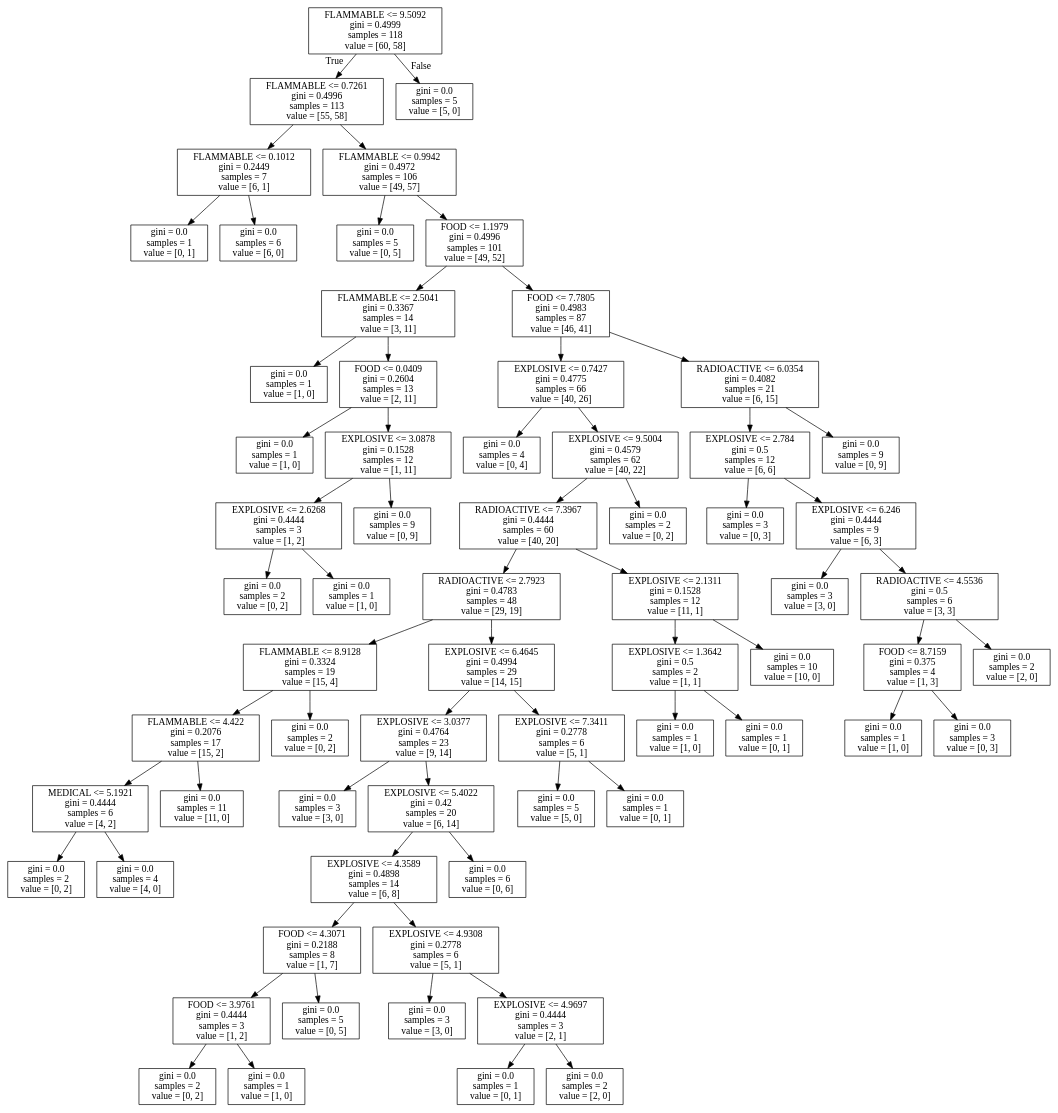
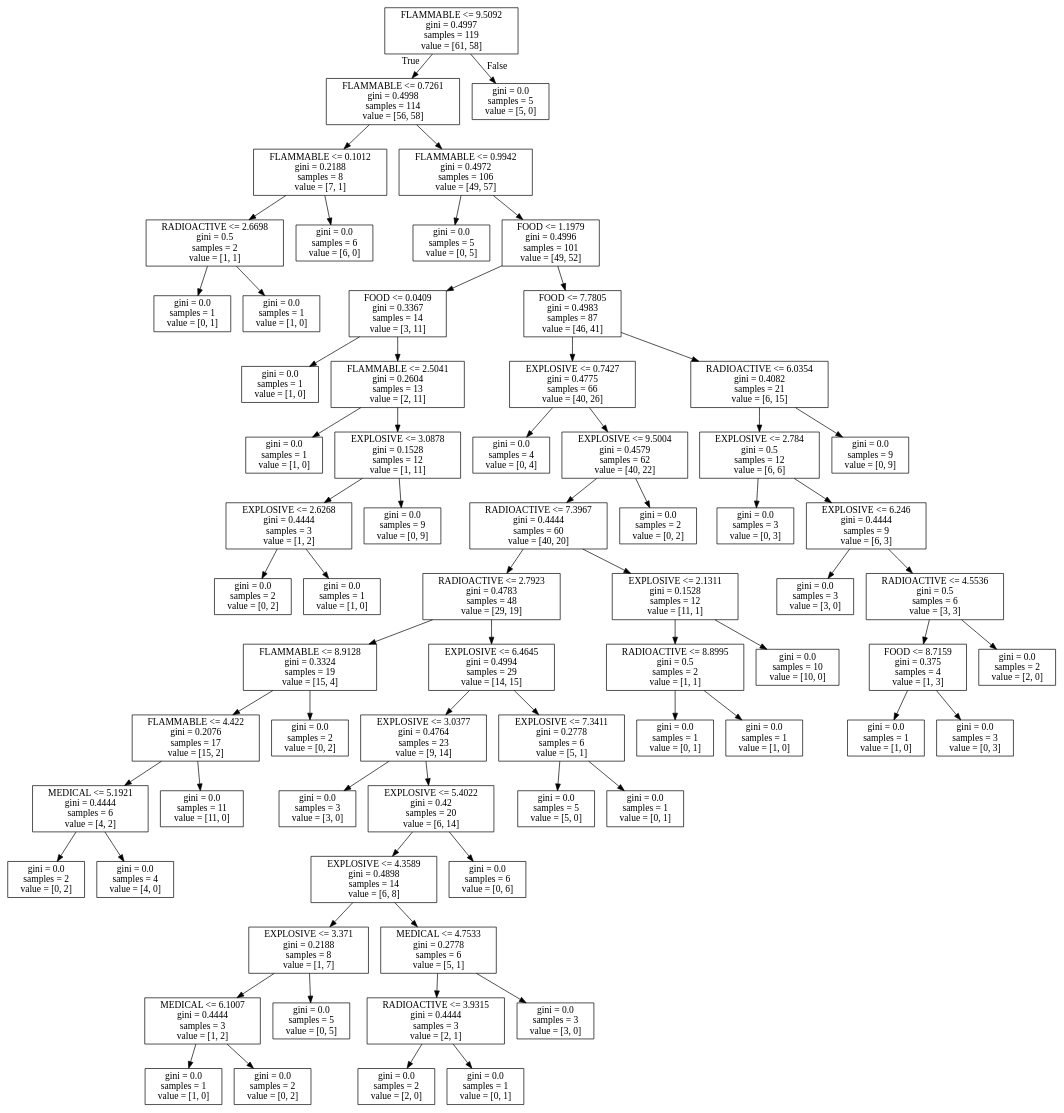
Before and after one commit to DariuszMak/AI_2017: the diagram in decision_tree/dt.dot, drawn with Graphviz. The commit also changed 3 other files, not shown here.

```diff
--- a/decision_tree/dt.dot
+++ b/decision_tree/dt.dot
@@ -1,136 +1,140 @@
 digraph Tree {
 node [shape=box] ;
-0 [label="FLAMMABLE <= 9.5092\ngini = 0.4999\nsamples = 118\nvalue = [60, 58]"] ;
-1 [label="FLAMMABLE <= 0.7261\ngini = 0.4996\nsamples = 113\nvalue = [55, 58]"] ;
+0 [label="FLAMMABLE <= 9.5092\ngini = 0.4997\nsamples = 119\nvalue = [61, 58]"] ;
+1 [label="FLAMMABLE <= 0.7261\ngini = 0.4998\nsamples = 114\nvalue = [56, 58]"] ;
 0 -> 1 [labeldistance=2.5, labelangle=45, headlabel="True"] ;
-2 [label="FLAMMABLE <= 0.1012\ngini = 0.2449\nsamples = 7\nvalue = [6, 1]"] ;
+2 [label="FLAMMABLE <= 0.1012\ngini = 0.2188\nsamples = 8\nvalue = [7, 1]"] ;
 1 -> 2 ;
-3 [label="gini = 0.0\nsamples = 1\nvalue = [0, 1]"] ;
+3 [label="RADIOACTIVE <= 2.6698\ngini = 0.5\nsamples = 2\nvalue = [1, 1]"] ;
 2 -> 3 ;
-4 [label="gini = 0.0\nsamples = 6\nvalue = [6, 0]"] ;
-2 -> 4 ;
-5 [label="FLAMMABLE <= 0.9942\ngini = 0.4972\nsamples = 106\nvalue = [49, 57]"] ;
-1 -> 5 ;
-6 [label="gini = 0.0\nsamples = 5\nvalue = [0, 5]"] ;
-5 -> 6 ;
-7 [label="FOOD <= 1.1979\ngini = 0.4996\nsamples = 101\nvalue = [49, 52]"] ;
-5 -> 7 ;
-8 [label="FLAMMABLE <= 2.5041\ngini = 0.3367\nsamples = 14\nvalue = [3, 11]"] ;
+4 [label="gini = 0.0\nsamples = 1\nvalue = [0, 1]"] ;
+3 -> 4 ;
+5 [label="gini = 0.0\nsamples = 1\nvalue = [1, 0]"] ;
+3 -> 5 ;
+6 [label="gini = 0.0\nsamples = 6\nvalue = [6, 0]"] ;
+2 -> 6 ;
+7 [label="FLAMMABLE <= 0.9942\ngini = 0.4972\nsamples = 106\nvalue = [49, 57]"] ;
+1 -> 7 ;
+8 [label="gini = 0.0\nsamples = 5\nvalue = [0, 5]"] ;
 7 -> 8 ;
-9 [label="gini = 0.0\nsamples = 1\nvalue = [1, 0]"] ;
-8 -> 9 ;
-10 [label="FOOD <= 0.0409\ngini = 0.2604\nsamples = 13\nvalue = [2, 11]"] ;
-8 -> 10 ;
+9 [label="FOOD <= 1.1979\ngini = 0.4996\nsamples = 101\nvalue = [49, 52]"] ;
+7 -> 9 ;
+10 [label="FOOD <= 0.0409\ngini = 0.3367\nsamples = 14\nvalue = [3, 11]"] ;
+9 -> 10 ;
 11 [label="gini = 0.0\nsamples = 1\nvalue = [1, 0]"] ;
 10 -> 11 ;
-12 [label="EXPLOSIVE <= 3.0878\ngini = 0.1528\nsamples = 12\nvalue = [1, 11]"] ;
+12 [label="FLAMMABLE <= 2.5041\ngini = 0.2604\nsamples = 13\nvalue = [2, 11]"] ;
 10 -> 12 ;
-13 [label="EXPLOSIVE <= 2.6268\ngini = 0.4444\nsamples = 3\nvalue = [1, 2]"] ;
+13 [label="gini = 0.0\nsamples = 1\nvalue = [1, 0]"] ;
 12 -> 13 ;
-14 [label="gini = 0.0\nsamples = 2\nvalue = [0, 2]"] ;
-13 -> 14 ;
-15 [label="gini = 0.0\nsamples = 1\nvalue = [1, 0]"] ;
-13 -> 15 ;
-16 [label="gini = 0.0\nsamples = 9\nvalue = [0, 9]"] ;
-12 -> 16 ;
-17 [label="FOOD <= 7.7805\ngini = 0.4983\nsamples = 87\nvalue = [46, 41]"] ;
-7 -> 17 ;
-18 [label="EXPLOSIVE <= 0.7427\ngini = 0.4775\nsamples = 66\nvalue = [40, 26]"] ;
-17 -> 18 ;
-19 [label="gini = 0.0\nsamples = 4\nvalue = [0, 4]"] ;
-18 -> 19 ;
-20 [label="EXPLOSIVE <= 9.5004\ngini = 0.4579\nsamples = 62\nvalue = [40, 22]"] ;
-18 -> 20 ;
-21 [label="RADIOACTIVE <= 7.3967\ngini = 0.4444\nsamples = 60\nvalue = [40, 20]"] ;
+14 [label="EXPLOSIVE <= 3.0878\ngini = 0.1528\nsamples = 12\nvalue = [1, 11]"] ;
+12 -> 14 ;
+15 [label="EXPLOSIVE <= 2.6268\ngini = 0.4444\nsamples = 3\nvalue = [1, 2]"] ;
+14 -> 15 ;
+16 [label="gini = 0.0\nsamples = 2\nvalue = [0, 2]"] ;
+15 -> 16 ;
+17 [label="gini = 0.0\nsamples = 1\nvalue = [1, 0]"] ;
+15 -> 17 ;
+18 [label="gini = 0.0\nsamples = 9\nvalue = [0, 9]"] ;
+14 -> 18 ;
+19 [label="FOOD <= 7.7805\ngini = 0.4983\nsamples = 87\nvalue = [46, 41]"] ;
+9 -> 19 ;
+20 [label="EXPLOSIVE <= 0.7427\ngini = 0.4775\nsamples = 66\nvalue = [40, 26]"] ;
+19 -> 20 ;
+21 [label="gini = 0.0\nsamples = 4\nvalue = [0, 4]"] ;
 20 -> 21 ;
-22 [label="RADIOACTIVE <= 2.7923\ngini = 0.4783\nsamples = 48\nvalue = [29, 19]"] ;
-21 -> 22 ;
-23 [label="FLAMMABLE <= 8.9128\ngini = 0.3324\nsamples = 19\nvalue = [15, 4]"] ;
+22 [label="EXPLOSIVE <= 9.5004\ngini = 0.4579\nsamples = 62\nvalue = [40, 22]"] ;
+20 -> 22 ;
+23 [label="RADIOACTIVE <= 7.3967\ngini = 0.4444\nsamples = 60\nvalue = [40, 20]"] ;
 22 -> 23 ;
-24 [label="FLAMMABLE <= 4.422\ngini = 0.2076\nsamples = 17\nvalue = [15, 2]"] ;
+24 [label="RADIOACTIVE <= 2.7923\ngini = 0.4783\nsamples = 48\nvalue = [29, 19]"] ;
 23 -> 24 ;
-25 [label="MEDICAL <= 5.1921\ngini = 0.4444\nsamples = 6\nvalue = [4, 2]"] ;
+25 [label="FLAMMABLE <= 8.9128\ngini = 0.3324\nsamples = 19\nvalue = [15, 4]"] ;
 24 -> 25 ;
-26 [label="gini = 0.0\nsamples = 2\nvalue = [0, 2]"] ;
+26 [label="FLAMMABLE <= 4.422\ngini = 0.2076\nsamples = 17\nvalue = [15, 2]"] ;
 25 -> 26 ;
-27 [label="gini = 0.0\nsamples = 4\nvalue = [4, 0]"] ;
-25 -> 27 ;
-28 [label="gini = 0.0\nsamples = 11\nvalue = [11, 0]"] ;
-24 -> 28 ;
-29 [label="gini = 0.0\nsamples = 2\nvalue = [0, 2]"] ;
-23 -> 29 ;
-30 [label="EXPLOSIVE <= 6.4645\ngini = 0.4994\nsamples = 29\nvalue = [14, 15]"] ;
-22 -> 30 ;
-31 [label="EXPLOSIVE <= 3.0377\ngini = 0.4764\nsamples = 23\nvalue = [9, 14]"] ;
-30 -> 31 ;
-32 [label="gini = 0.0\nsamples = 3\nvalue = [3, 0]"] ;
-31 -> 32 ;
-33 [label="EXPLOSIVE <= 5.4022\ngini = 0.42\nsamples = 20\nvalue = [6, 14]"] ;
-31 -> 33 ;
-34 [label="EXPLOSIVE <= 4.3589\ngini = 0.4898\nsamples = 14\nvalue = [6, 8]"] ;
+27 [label="MEDICAL <= 5.1921\ngini = 0.4444\nsamples = 6\nvalue = [4, 2]"] ;
+26 -> 27 ;
+28 [label="gini = 0.0\nsamples = 2\nvalue = [0, 2]"] ;
+27 -> 28 ;
+29 [label="gini = 0.0\nsamples = 4\nvalue = [4, 0]"] ;
+27 -> 29 ;
+30 [label="gini = 0.0\nsamples = 11\nvalue = [11, 0]"] ;
+26 -> 30 ;
+31 [label="gini = 0.0\nsamples = 2\nvalue = [0, 2]"] ;
+25 -> 31 ;
+32 [label="EXPLOSIVE <= 6.4645\ngini = 0.4994\nsamples = 29\nvalue = [14, 15]"] ;
+24 -> 32 ;
+33 [label="EXPLOSIVE <= 3.0377\ngini = 0.4764\nsamples = 23\nvalue = [9, 14]"] ;
+32 -> 33 ;
+34 [label="gini = 0.0\nsamples = 3\nvalue = [3, 0]"] ;
 33 -> 34 ;
-35 [label="FOOD <= 4.3071\ngini = 0.2188\nsamples = 8\nvalue = [1, 7]"] ;
-34 -> 35 ;
-36 [label="FOOD <= 3.9761\ngini = 0.4444\nsamples = 3\nvalue = [1, 2]"] ;
+35 [label="EXPLOSIVE <= 5.4022\ngini = 0.42\nsamples = 20\nvalue = [6, 14]"] ;
+33 -> 35 ;
+36 [label="EXPLOSIVE <= 4.3589\ngini = 0.4898\nsamples = 14\nvalue = [6, 8]"] ;
 35 -> 36 ;
-37 [label="gini = 0.0\nsamples = 2\nvalue = [0, 2]"] ;
+37 [label="EXPLOSIVE <= 3.371\ngini = 0.2188\nsamples = 8\nvalue = [1, 7]"] ;
 36 -> 37 ;
-38 [label="gini = 0.0\nsamples = 1\nvalue = [1, 0]"] ;
-36 -> 38 ;
-39 [label="gini = 0.0\nsamples = 5\nvalue = [0, 5]"] ;
-35 -> 39 ;
-40 [label="EXPLOSIVE <= 4.9308\ngini = 0.2778\nsamples = 6\nvalue = [5, 1]"] ;
-34 -> 40 ;
-41 [label="gini = 0.0\nsamples = 3\nvalue = [3, 0]"] ;
-40 -> 41 ;
-42 [label="EXPLOSIVE <= 4.9697\ngini = 0.4444\nsamples = 3\nvalue = [2, 1]"] ;
-40 -> 42 ;
-43 [label="gini = 0.0\nsamples = 1\nvalue = [0, 1]"] ;
+38 [label="MEDICAL <= 6.1007\ngini = 0.4444\nsamples = 3\nvalue = [1, 2]"] ;
+37 -> 38 ;
+39 [label="gini = 0.0\nsamples = 1\nvalue = [1, 0]"] ;
+38 -> 39 ;
+40 [label="gini = 0.0\nsamples = 2\nvalue = [0, 2]"] ;
+38 -> 40 ;
+41 [label="gini = 0.0\nsamples = 5\nvalue = [0, 5]"] ;
+37 -> 41 ;
+42 [label="MEDICAL <= 4.7533\ngini = 0.2778\nsamples = 6\nvalue = [5, 1]"] ;
+36 -> 42 ;
+43 [label="RADIOACTIVE <= 3.9315\ngini = 0.4444\nsamples = 3\nvalue = [2, 1]"] ;
 42 -> 43 ;
 44 [label="gini = 0.0\nsamples = 2\nvalue = [2, 0]"] ;
-42 -> 44 ;
-45 [label="gini = 0.0\nsamples = 6\nvalue = [0, 6]"] ;
-33 -> 45 ;
-46 [label="EXPLOSIVE <= 7.3411\ngini = 0.2778\nsamples = 6\nvalue = [5, 1]"] ;
-30 -> 46 ;
-47 [label="gini = 0.0\nsamples = 5\nvalue = [5, 0]"] ;
-46 -> 47 ;
-48 [label="gini = 0.0\nsamples = 1\nvalue = [0, 1]"] ;
-46 -> 48 ;
-49 [label="EXPLOSIVE <= 2.1311\ngini = 0.1528\nsamples = 12\nvalue = [11, 1]"] ;
-21 -> 49 ;
-50 [label="EXPLOSIVE <= 1.3642\ngini = 0.5\nsamples = 2\nvalue = [1, 1]"] ;
-49 -> 50 ;
-51 [label="gini = 0.0\nsamples = 1\nvalue = [1, 0]"] ;
-50 -> 51 ;
-52 [label="gini = 0.0\nsamples = 1\nvalue = [0, 1]"] ;
-50 -> 52 ;
-53 [label="gini = 0.0\nsamples = 10\nvalue = [10, 0]"] ;
-49 -> 53 ;
-54 [label="gini = 0.0\nsamples = 2\nvalue = [0, 2]"] ;
-20 -> 54 ;
-55 [label="RADIOACTIVE <= 6.0354\ngini = 0.4082\nsamples = 21\nvalue = [6, 15]"] ;
-17 -> 55 ;
-56 [label="EXPLOSIVE <= 2.784\ngini = 0.5\nsamples = 12\nvalue = [6, 6]"] ;
-55 -> 56 ;
-57 [label="gini = 0.0\nsamples = 3\nvalue = [0, 3]"] ;
-56 -> 57 ;
-58 [label="EXPLOSIVE <= 6.246\ngini = 0.4444\nsamples = 9\nvalue = [6, 3]"] ;
-56 -> 58 ;
-59 [label="gini = 0.0\nsamples = 3\nvalue = [3, 0]"] ;
+43 -> 44 ;
+45 [label="gini = 0.0\nsamples = 1\nvalue = [0, 1]"] ;
+43 -> 45 ;
+46 [label="gini = 0.0\nsamples = 3\nvalue = [3, 0]"] ;
+42 -> 46 ;
+47 [label="gini = 0.0\nsamples = 6\nvalue = [0, 6]"] ;
+35 -> 47 ;
+48 [label="EXPLOSIVE <= 7.3411\ngini = 0.2778\nsamples = 6\nvalue = [5, 1]"] ;
+32 -> 48 ;
+49 [label="gini = 0.0\nsamples = 5\nvalue = [5, 0]"] ;
+48 -> 49 ;
+50 [label="gini = 0.0\nsamples = 1\nvalue = [0, 1]"] ;
+48 -> 50 ;
+51 [label="EXPLOSIVE <= 2.1311\ngini = 0.1528\nsamples = 12\nvalue = [11, 1]"] ;
+23 -> 51 ;
+52 [label="RADIOACTIVE <= 8.8995\ngini = 0.5\nsamples = 2\nvalue = [1, 1]"] ;
+51 -> 52 ;
+53 [label="gini = 0.0\nsamples = 1\nvalue = [0, 1]"] ;
+52 -> 53 ;
+54 [label="gini = 0.0\nsamples = 1\nvalue = [1, 0]"] ;
+52 -> 54 ;
+55 [label="gini = 0.0\nsamples = 10\nvalue = [10, 0]"] ;
+51 -> 55 ;
+56 [label="gini = 0.0\nsamples = 2\nvalue = [0, 2]"] ;
+22 -> 56 ;
+57 [label="RADIOACTIVE <= 6.0354\ngini = 0.4082\nsamples = 21\nvalue = [6, 15]"] ;
+19 -> 57 ;
+58 [label="EXPLOSIVE <= 2.784\ngini = 0.5\nsamples = 12\nvalue = [6, 6]"] ;
+57 -> 58 ;
+59 [label="gini = 0.0\nsamples = 3\nvalue = [0, 3]"] ;
 58 -> 59 ;
-60 [label="RADIOACTIVE <= 4.5536\ngini = 0.5\nsamples = 6\nvalue = [3, 3]"] ;
+60 [label="EXPLOSIVE <= 6.246\ngini = 0.4444\nsamples = 9\nvalue = [6, 3]"] ;
 58 -> 60 ;
-61 [label="FOOD <= 8.7159\ngini = 0.375\nsamples = 4\nvalue = [1, 3]"] ;
+61 [label="gini = 0.0\nsamples = 3\nvalue = [3, 0]"] ;
 60 -> 61 ;
-62 [label="gini = 0.0\nsamples = 1\nvalue = [1, 0]"] ;
-61 -> 62 ;
-63 [label="gini = 0.0\nsamples = 3\nvalue = [0, 3]"] ;
-61 -> 63 ;
-64 [label="gini = 0.0\nsamples = 2\nvalue = [2, 0]"] ;
-60 -> 64 ;
-65 [label="gini = 0.0\nsamples = 9\nvalue = [0, 9]"] ;
-55 -> 65 ;
-66 [label="gini = 0.0\nsamples = 5\nvalue = [5, 0]"] ;
-0 -> 66 [labeldistance=2.5, labelangle=-45, headlabel="False"] ;
+62 [label="RADIOACTIVE <= 4.5536\ngini = 0.5\nsamples = 6\nvalue = [3, 3]"] ;
+60 -> 62 ;
+63 [label="FOOD <= 8.7159\ngini = 0.375\nsamples = 4\nvalue = [1, 3]"] ;
+62 -> 63 ;
+64 [label="gini = 0.0\nsamples = 1\nvalue = [1, 0]"] ;
+63 -> 64 ;
+65 [label="gini = 0.0\nsamples = 3\nvalue = [0, 3]"] ;
+63 -> 65 ;
+66 [label="gini = 0.0\nsamples = 2\nvalue = [2, 0]"] ;
+62 -> 66 ;
+67 [label="gini = 0.0\nsamples = 9\nvalue = [0, 9]"] ;
+57 -> 67 ;
+68 [label="gini = 0.0\nsamples = 5\nvalue = [5, 0]"] ;
+0 -> 68 [labeldistance=2.5, labelangle=-45, headlabel="False"] ;
 }
```
